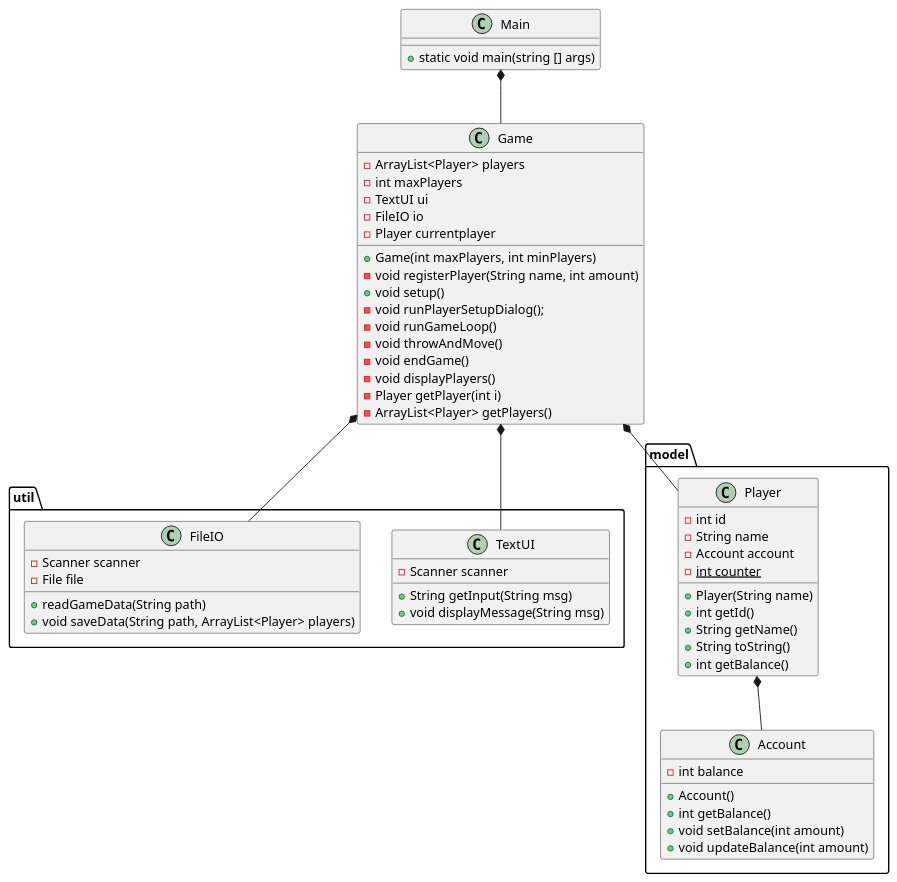
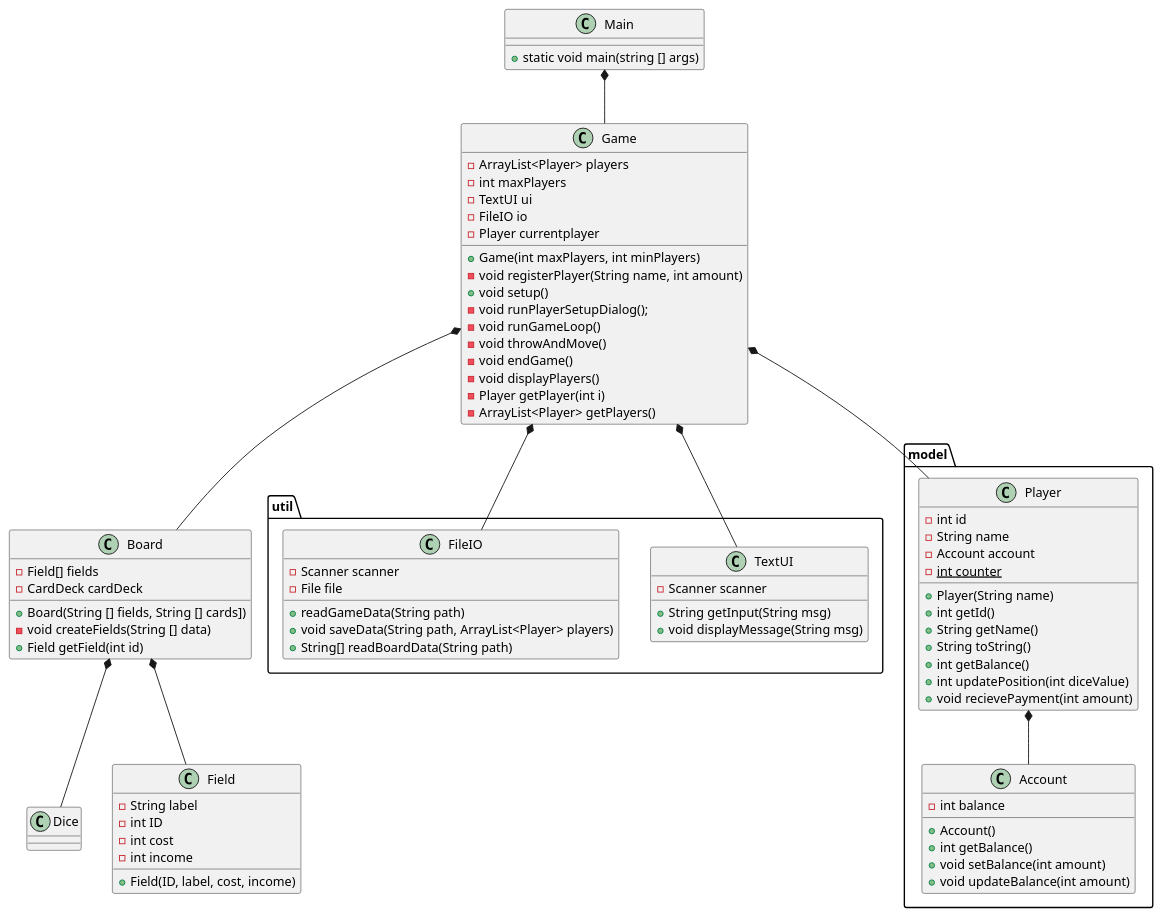
The diagram in doc/classdiagram.puml (babanoelk/Monopoly), drawn with PlantUML before and after one commit. The commit also changed 1 other file, not shown here.

Commit message:
game lifecycle explicit in main

```diff
--- a/doc/classdiagram.puml
+++ b/doc/classdiagram.puml
@@ -1,64 +1,87 @@
 @startuml
 'https://plantuml.com/class-diagram
 
 class Main
 class Game
 
 package "util"{
 class TextUI
 class FileIO
 }
 package "model"{
 class Player
 class Account
 }
+class Dice
+class Board
+class Field
+
 Main *-- Game
 Game *-- TextUI
 Game *-- FileIO
 Game *-- Player
 Player *-- Account
+Game *--Board
+Board *-- Dice
+Board *-- Field
+Main : + static void main(string [] args)
 
-Main : + static void main(string [] args)
 
 Player : -int id
 Player  : -String name
 Player  : -Account account
 Player  : -{static} int counter
 Player  : +Player(String name)
 Player  : +int getId()
 Player  : +String getName()
 Player  : +String toString()
 Player  : +int getBalance()
+Player  : +int updatePosition(int diceValue)
+Player  : +void recievePayment(int amount)
+
 
 Account : - int balance
 Account : + Account()
 Account : + int getBalance()
 Account : + void setBalance(int amount)
 Account : + void updateBalance(int amount)
 
 Game : - ArrayList<Player> players
 Game : - int maxPlayers
 Game : - TextUI ui
 Game : - FileIO io
 Game : - Player currentplayer
 Game : + Game(int maxPlayers, int minPlayers)
 Game : - void registerPlayer(String name, int amount)
 Game : + void setup()
 Game : - void runPlayerSetupDialog();
 Game : - void runGameLoop()
 Game : - void throwAndMove()
 Game : - void endGame()
 Game : - void displayPlayers()
 Game : - Player getPlayer(int i)
 Game : - ArrayList<Player> getPlayers()
 
 TextUI : + String getInput(String msg)
 TextUI : - Scanner scanner
 TextUI : + void displayMessage(String msg)
 
 FileIO : - Scanner scanner
 FileIO : - File file
 FileIO : + readGameData(String path)
 FileIO : + void saveData(String path, ArrayList<Player> players)
+FileIO : + String[] readBoardData(String path)
+
+Field : + Field(ID, label, cost, income)
+Field : - String label
+Field : - int ID
+Field : - int cost
+Field : - int income
+
+Board : - Field[] fields
+Board : - CardDeck cardDeck
+Board : + Board(String [] fields, String [] cards])
+Board : - void createFields(String [] data)
+Board : + Field getField(int id)
 
 @enduml
```
